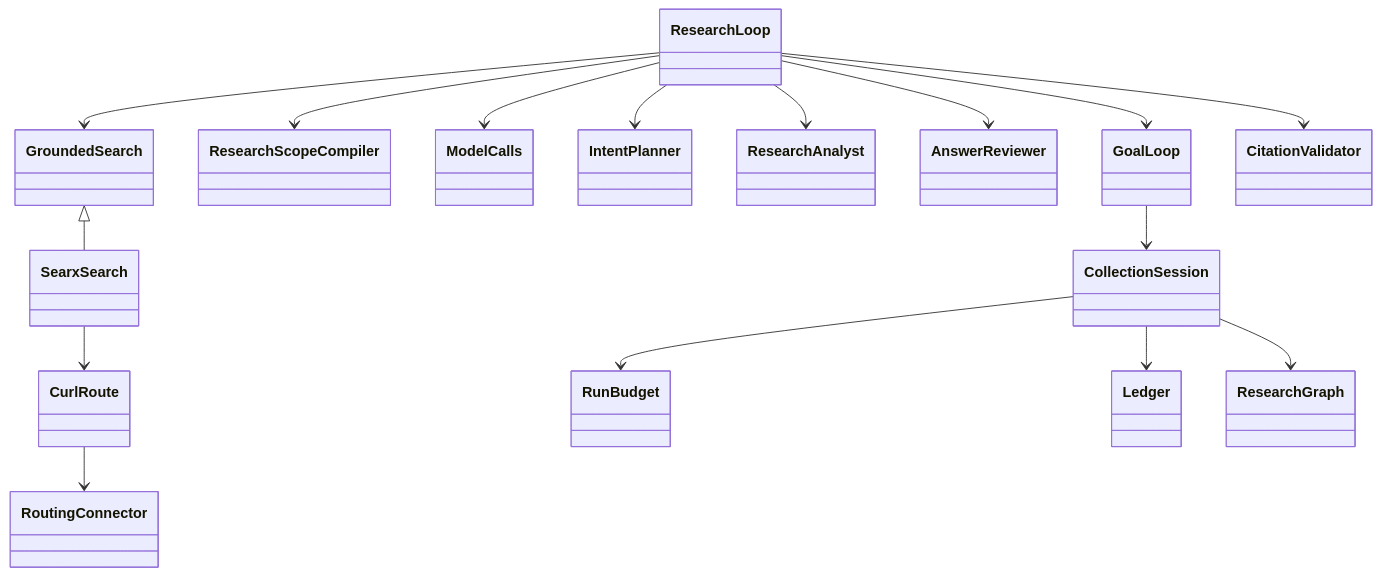
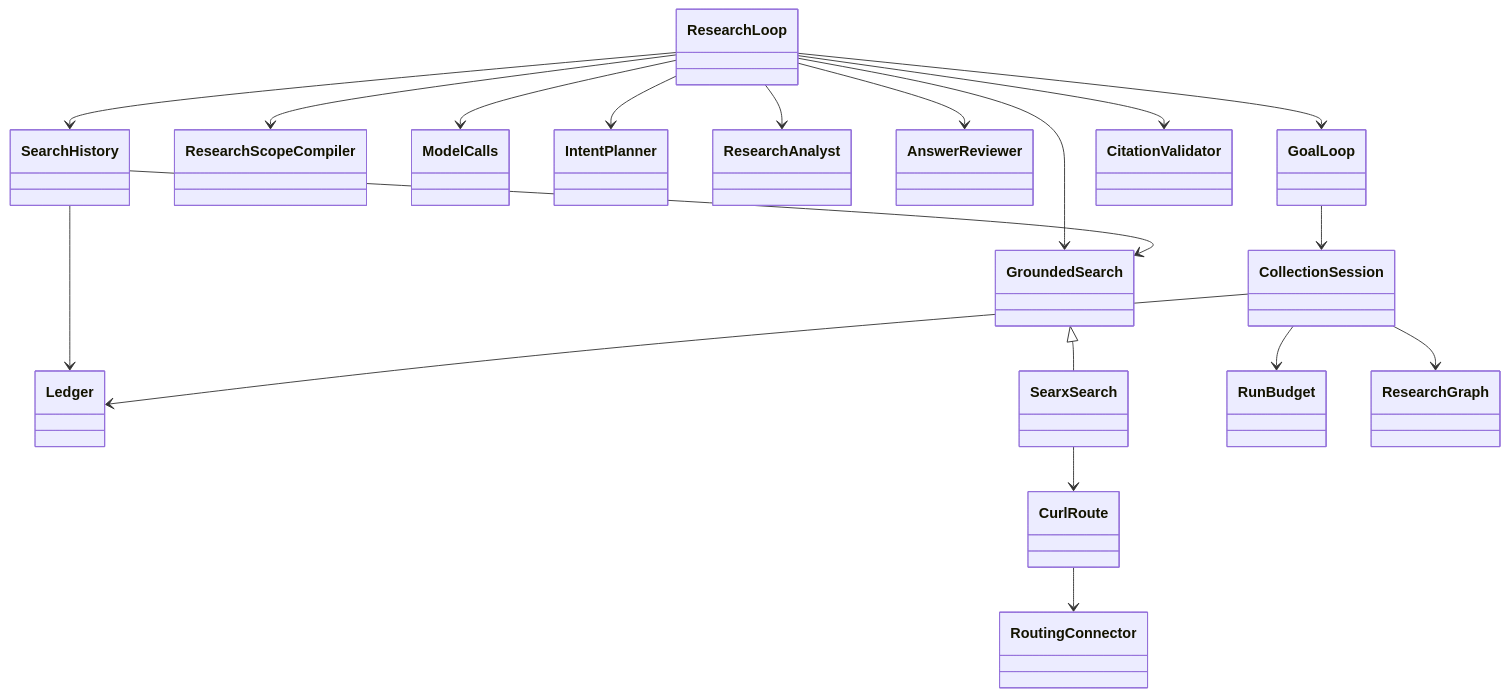
One commit to ginkorea/ghimera changed the diagram in docs/C3_RESEARCH.md. Above: the diagram before and after it, drawn with Mermaid. The commit also changed other lines of this file and 10 other files, not shown here.

````diff
--- a/docs/C3_RESEARCH.md
+++ b/docs/C3_RESEARCH.md
@@ -33,18 +33,21 @@
 ```mermaid
 classDiagram
     ResearchLoop --> GoalLoop
     ResearchLoop --> ResearchScopeCompiler
     ResearchLoop --> ModelCalls
     ResearchLoop --> IntentPlanner
     ResearchLoop --> ResearchAnalyst
     ResearchLoop --> AnswerReviewer
     ResearchLoop --> GroundedSearch
+    ResearchLoop --> SearchHistory
+    SearchHistory --> GroundedSearch
+    SearchHistory --> Ledger
     GroundedSearch <|-- SearxSearch
     SearxSearch --> CurlRoute
     CurlRoute --> RoutingConnector
     GoalLoop --> CollectionSession
     CollectionSession --> RunBudget
     CollectionSession --> Ledger
     CollectionSession --> ResearchGraph
     ResearchLoop --> CitationValidator
 ```
````
